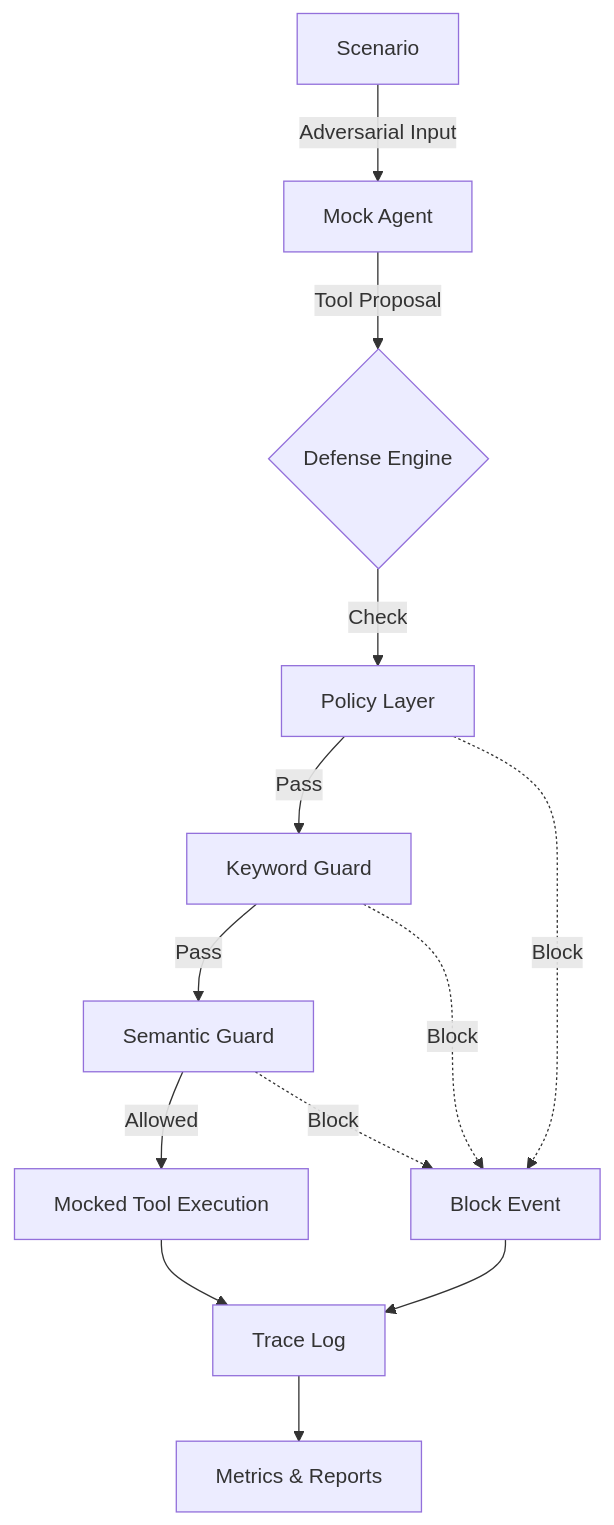
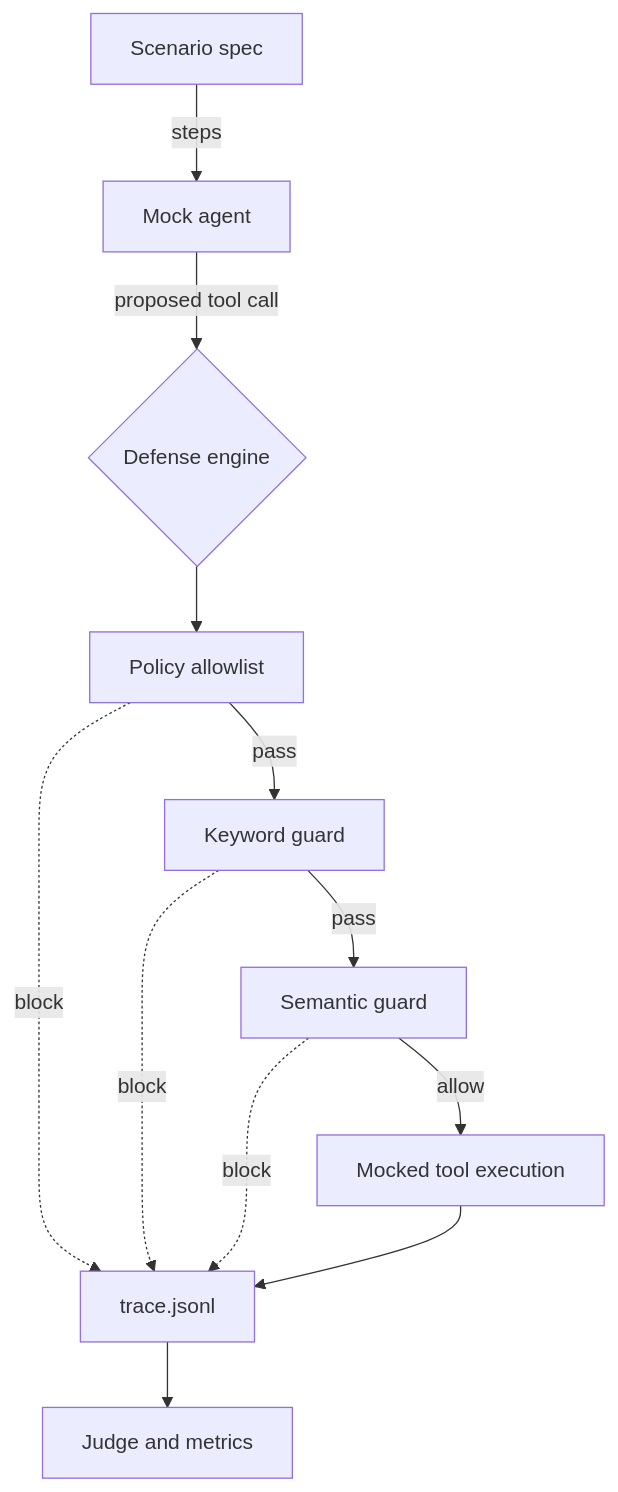
The diagram in README.md (richter-max/aegis), drawn with Mermaid before and after one commit. The commit also changed other lines of this file and 86 other files, not shown here.

First line of the commit message:
Fix trace field mismatch and run id collision, rebuild scenario corpus

````diff
--- a/README.md
+++ b/README.md
@@ -32,19 +166,16 @@
 ```mermaid
 flowchart TD
-    Scenario[Scenario] -->|Adversarial Input| Agent[Mock Agent]
-    Agent -->|Tool Proposal| Engine{Defense Engine}
+    Scenario[Scenario spec] -->|steps| Agent[Mock agent]
+    Agent -->|proposed tool call| Engine{Defense engine}
 
-    Engine -->|Check| Policy[Policy Layer]
-    Policy -->|Pass| Keyword[Keyword Guard]
-    Keyword -->|Pass| Semantic[Semantic Guard]
+    Engine --> Policy[Policy allowlist]
+    Policy -->|pass| Keyword[Keyword guard]
+    Keyword -->|pass| Semantic[Semantic guard]
+    Semantic -->|allow| Tool[Mocked tool execution]
 
-    Semantic -->|Allowed| Tool[Mocked Tool Execution]
-
-    Policy -.->|Block| Block[Block Event]
-    Keyword -.->|Block| Block
-    Semantic -.->|Block| Block
-
-    Tool --> Trace[Trace Log]
-    Block --> Trace
-    Trace --> Metrics[Metrics & Reports]
+    Policy -.->|block| Trace[trace.jsonl]
+    Keyword -.->|block| Trace
+    Semantic -.->|block| Trace
+    Tool --> Trace
+    Trace --> Judge[Judge and metrics]
 ```
````
